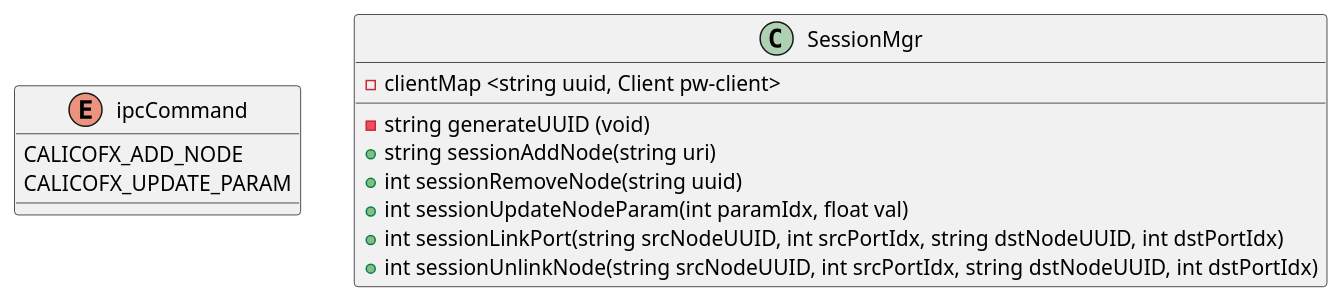
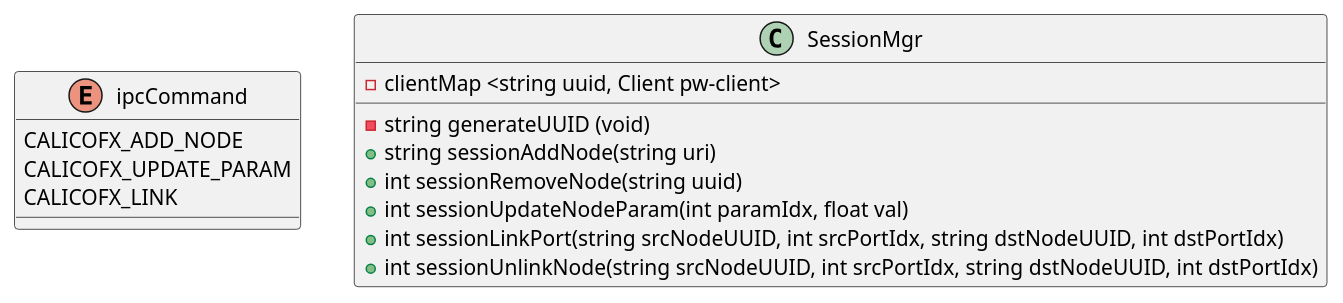
Before and after one commit to abhimanyu-g/calicofx-core: the fourth of 11 diagrams in doc/design.org, drawn with PlantUML. The commit also changed other lines of this file, not shown here.

```diff
--- a/doc/design.org
+++ b/doc/design.org
@@ -81,17 +81,18 @@
 #+begin_src plantuml :file /tmp/calicofx-session-mgr-class-dig.png
   @startuml
   enum ipcCommand{
         CALICOFX_ADD_NODE
         CALICOFX_UPDATE_PARAM
+        CALICOFX_LINK
   }
   class SessionMgr{
         -clientMap <string uuid, Client pw-client>
         -string generateUUID (void)
         +string sessionAddNode(string uri)
         +int sessionRemoveNode(string uuid)
         +int sessionUpdateNodeParam(int paramIdx, float val)
         +int sessionLinkPort(string srcNodeUUID, int srcPortIdx, string dstNodeUUID, int dstPortIdx)
         +int sessionUnlinkNode(string srcNodeUUID, int srcPortIdx, string dstNodeUUID, int dstPortIdx)
   }
   @enduml
 #+end_src
```
